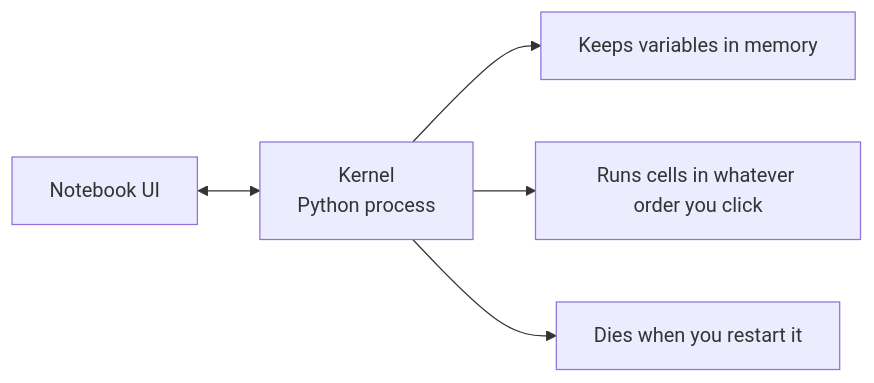
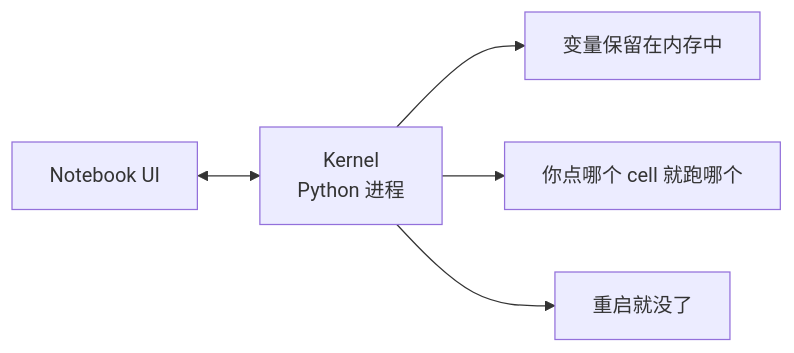
Before and after one commit to alessandrodinisio-ai/ai-engineering-learning-framework: the second of 2 diagrams in phases/00-setup-and-tooling/05-jupyter-notebooks/docs/zh.md, drawn with Mermaid. The commit also changed 120 other files, not shown here.

First line of the commit message:
i18n(mermaid): 337 个 mermaid 图表标签中文化

````diff
--- a/phases/00-setup-and-tooling/05-jupyter-notebooks/docs/zh.md
+++ b/phases/00-setup-and-tooling/05-jupyter-notebooks/docs/zh.md
@@ -35,7 +35,7 @@
 ```mermaid
 graph LR
-    A[Notebook UI] <--> B[Kernel\nPython process]
-    B --> C[Keeps variables in memory]
-    B --> D[Runs cells in whatever order you click]
-    B --> E[Dies when you restart it]
+    A[Notebook UI] <--> B[Kernel\nPython 进程]
+    B --> C[变量保留在内存中]
+    B --> D[你点哪个 cell 就跑哪个]
+    B --> E[重启就没了]
 ```
````
